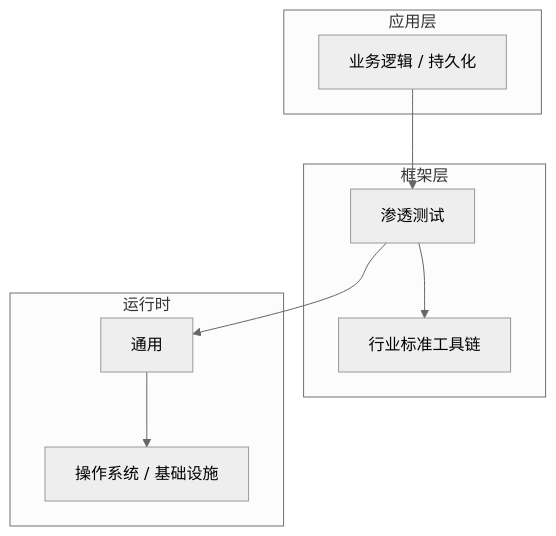
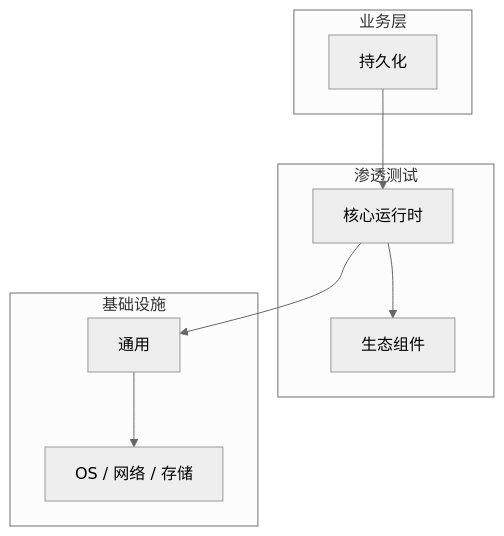
One commit to yanggan2015/knowledge-json-v2 changed the diagram in articles/渗透测试/chapters/050-持久化核心概念与原理.md. Above: the diagram before and after it, drawn with Mermaid (neutral theme). The commit also changed other lines of this file and 10127 other files, not shown here.

````diff
--- a/articles/渗透测试/chapters/050-持久化核心概念与原理.md
+++ b/articles/渗透测试/chapters/050-持久化核心概念与原理.md
@@ -46,18 +31,18 @@
 ```mermaid
 graph TB
-    subgraph 应用层
-        A[业务逻辑 / 持久化]
+    subgraph 业务层
+        A[持久化]
     end
-    subgraph 框架层
-        B[渗透测试]
-        C[行业标准工具链]
+    subgraph 渗透测试
+        B[核心运行时]
+        C[生态组件]
     end
-    subgraph 运行时
+    subgraph 基础设施
         D[通用]
-        E[操作系统 / 基础设施]
+        E[OS / 网络 / 存储]
     end
     A --> B
     B --> C
     B --> D
     D --> E
 ```
````
